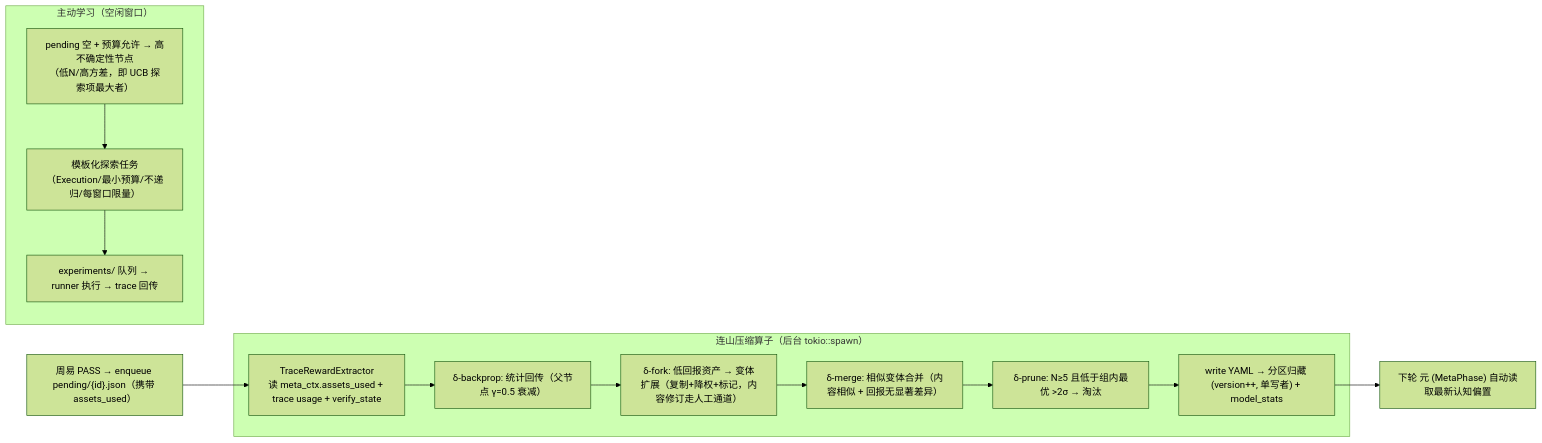
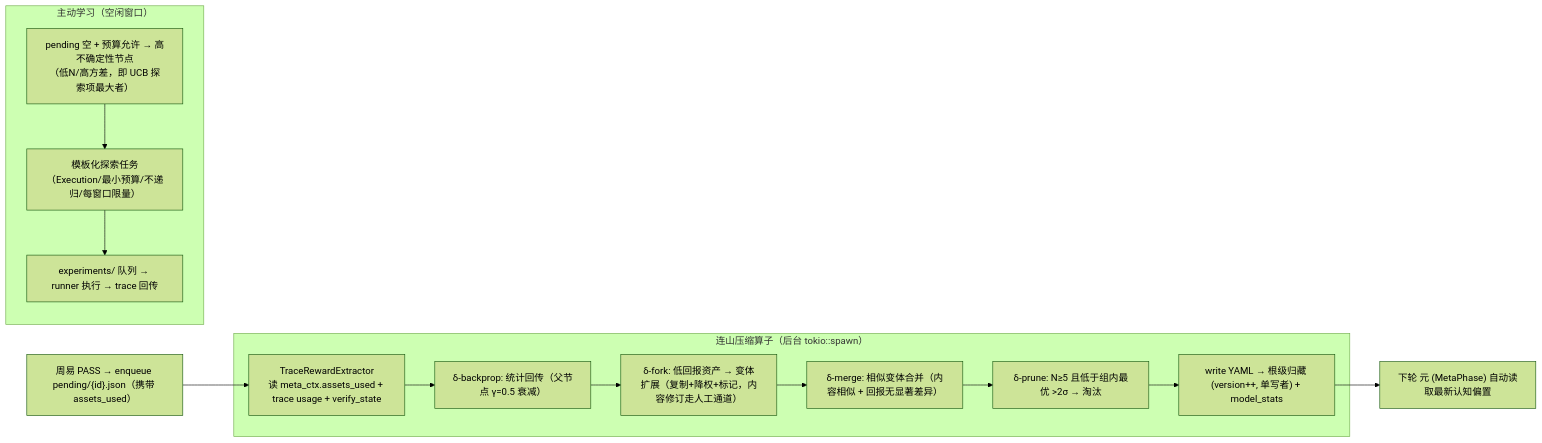
The seventh of 7 diagrams in BCP-蓝图-完型协议.md (wenge6090-tech/taiji), drawn with Mermaid (forest theme) before and after one commit. The commit also changed other lines of this file and 22 other files, not shown here.

````diff
--- a/BCP-蓝图-完型协议.md
+++ b/BCP-蓝图-完型协议.md
@@ -1601,20 +1601,20 @@
 ```mermaid
 flowchart LR
     PASS["周易 PASS → enqueue pending/{id}.json（携带 assets_used）"] --> READ["TraceRewardExtractor\n读 meta_ctx.assets_used + trace usage + verify_state"]
 
     subgraph "连山压缩算子（后台 tokio::spawn）"
         READ --> BP["δ-backprop: 统计回传（父节点 γ=0.5 衰减）"]
         BP --> FORK["δ-fork: 低回报资产 → 变体扩展（复制+降权+标记，内容修订走人工通道）"]
         FORK --> MRG["δ-merge: 相似变体合并（内容相似 + 回报无显著差异）"]
         MRG --> PRN["δ-prune: N≥5 且低于组内最优 >2σ → 淘汰"]
-        PRN --> WRITE["write YAML → 分区归藏 (version++, 单写者) + model_stats"]
+        PRN --> WRITE["write YAML → 根级归藏 (version++, 单写者) + model_stats"]
     end
 
     WRITE --> NEXT["下轮 元 (MetaPhase) 自动读取最新认知偏置"]
 
     subgraph "主动学习（空闲窗口）"
         ACTIVE["pending 空 + 预算允许 → 高不确定性节点\n（低N/高方差，即 UCB 探索项最大者）"]
         ACTIVE --> EXP["模板化探索任务\n（Execution/最小预算/不递归/每窗口限量）"]
         EXP --> RUN["experiments/ 队列 → runner 执行 → trace 回传"]
     end
 ```
````
